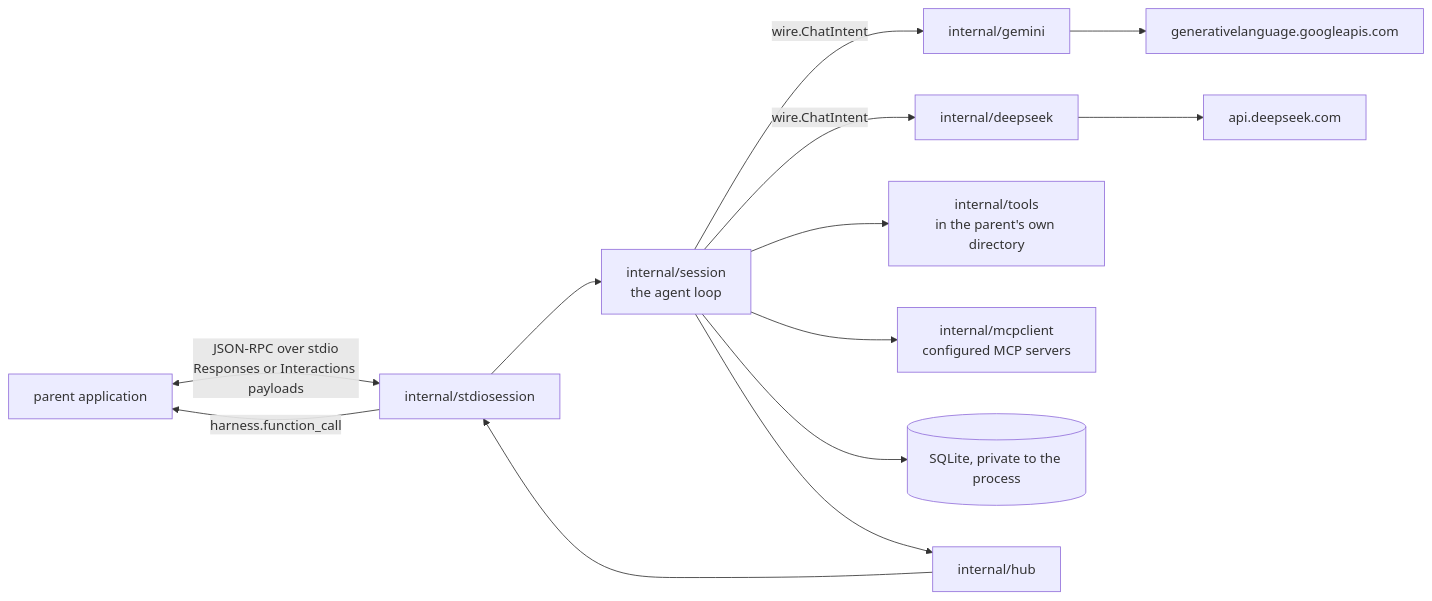
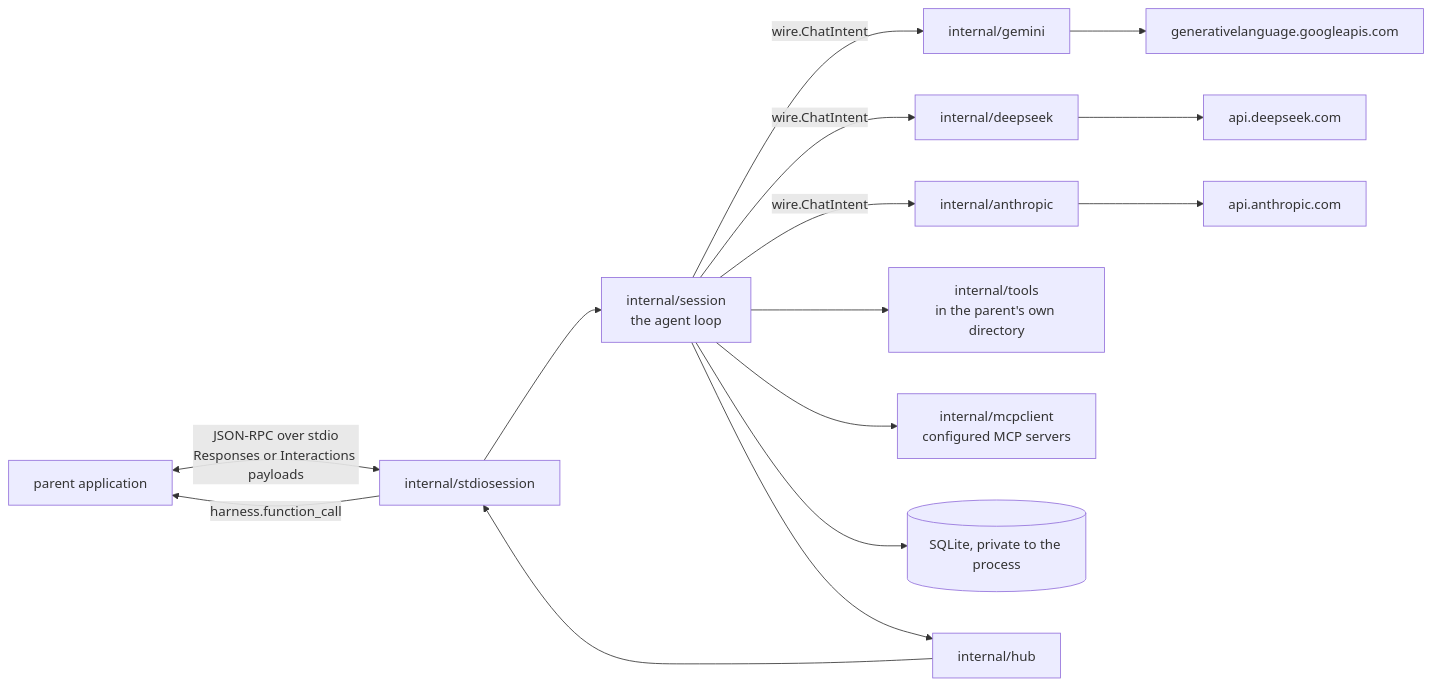
One commit to tinkerindustries/agent-harness changed the diagram in ARCHITECTURE.md. Above: the diagram before and after it, drawn with Mermaid. The commit also changed other lines of this file and 78 other files, not shown here.

First line of the commit message:
Add Claude models: Anthropic Messages client, stdio-session hosting, and claude-session (#184)

````diff
--- a/ARCHITECTURE.md
+++ b/ARCHITECTURE.md
@@ -46,15 +54,17 @@
 ```mermaid
 flowchart LR
     parent[parent application] <-->|JSON-RPC over stdio<br/>Responses or Interactions payloads| gs[internal/stdiosession]
     gs --> session2[internal/session<br/>the agent loop]
     session2 -->|wire.ChatIntent| gc[internal/gemini]
     session2 -->|wire.ChatIntent| dc[internal/deepseek]
+    session2 -->|wire.ChatIntent| ac[internal/anthropic]
     gc --> gapi[generativelanguage.googleapis.com]
     dc --> dapi[api.deepseek.com]
+    ac --> aapi[api.anthropic.com]
     session2 --> tools2[internal/tools<br/>in the parent's own directory]
     session2 --> mcpclient[internal/mcpclient<br/>configured MCP servers]
     session2 --> st2[(SQLite, private to the process)]
     session2 --> hub2[internal/hub]
     hub2 --> gs
     gs -->|harness.function_call| parent
 ```
````
